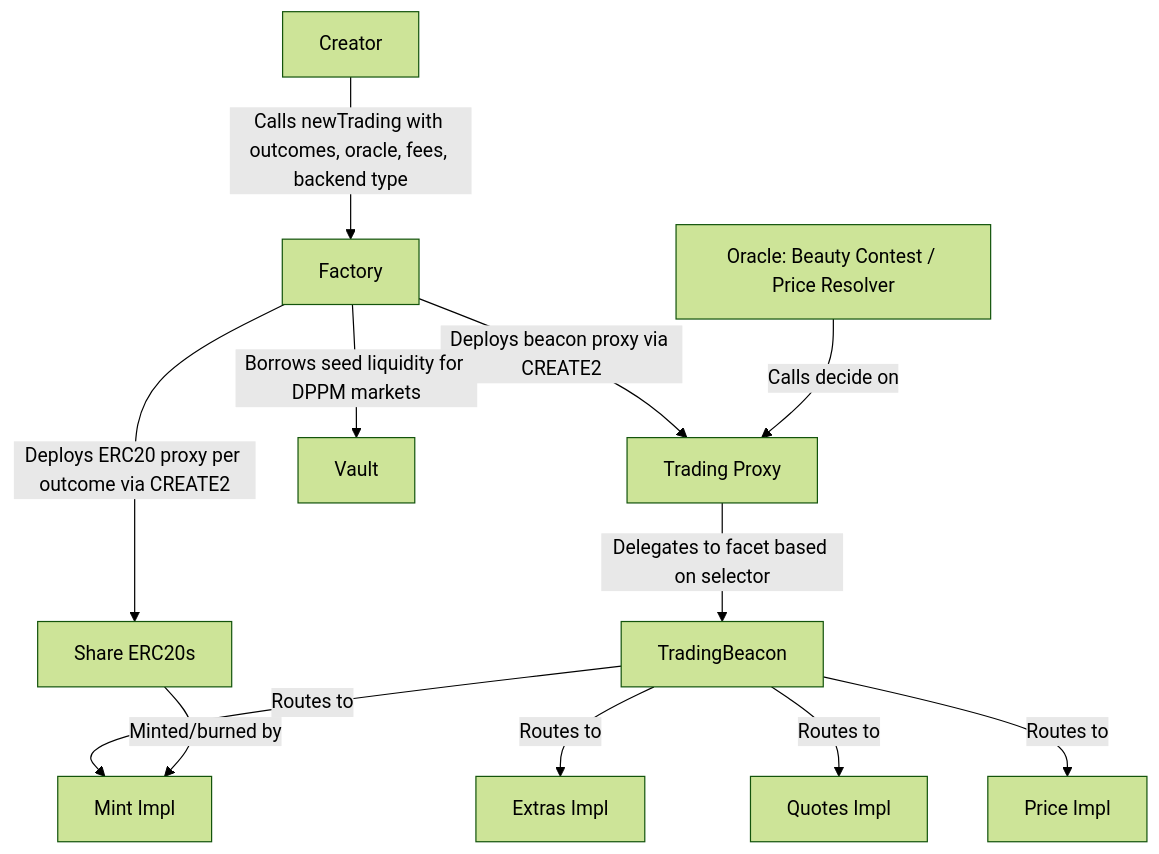
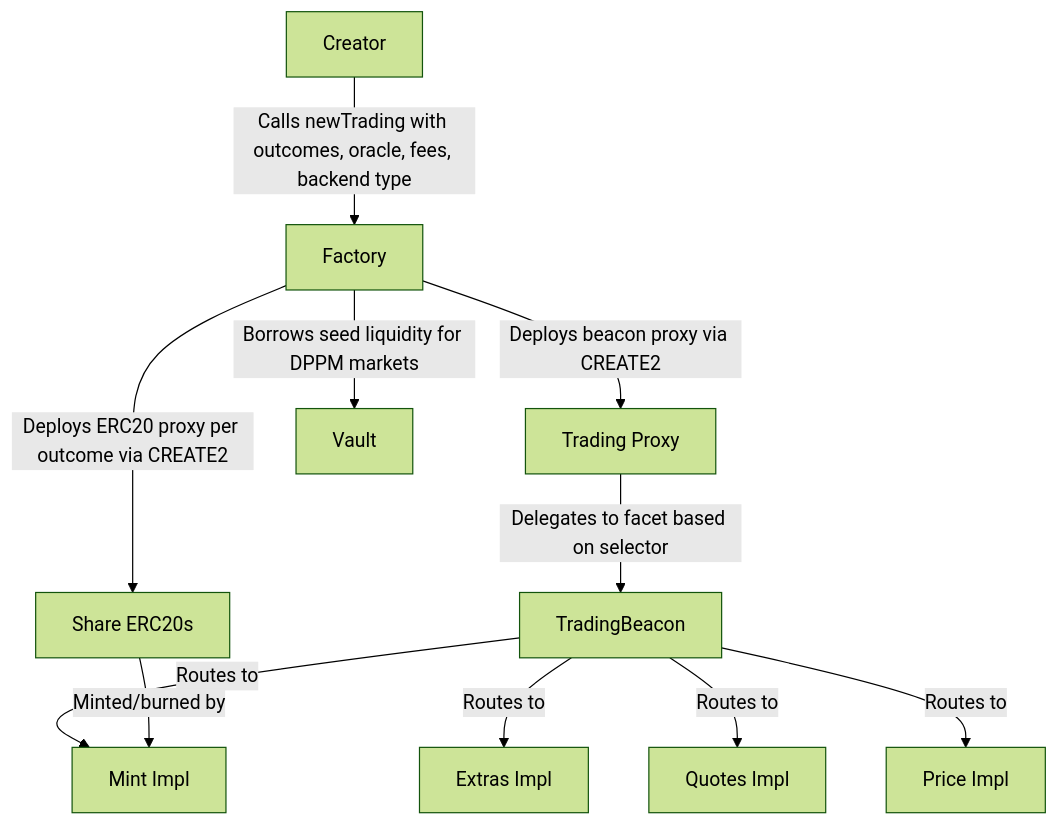
The diagram in README.md (fluidity-money/9lives.so), drawn with Mermaid (forest theme) before and after one commit. The commit also changed 14 other files, not shown here.

````diff
--- a/README.md
+++ b/README.md
@@ -14,14 +14,13 @@
 ```mermaid
 flowchart TD
     Creator -->|Calls newTrading with outcomes, oracle, fees, backend type| Factory
     Factory -->|Deploys beacon proxy via CREATE2| TradingProxy[Trading Proxy]
     Factory -->|Deploys ERC20 proxy per outcome via CREATE2| ShareERC20s[Share ERC20s]
     Factory -->|Borrows seed liquidity for DPPM markets| Vault
     TradingProxy -->|Delegates to facet based on selector| TradingBeacon
     TradingBeacon -->|Routes to| MintImpl[Mint Impl]
     TradingBeacon -->|Routes to| ExtrasImpl[Extras Impl]
     TradingBeacon -->|Routes to| QuotesImpl[Quotes Impl]
     TradingBeacon -->|Routes to| PriceImpl[Price Impl]
     ShareERC20s -->|Minted/burned by| MintImpl
-    Oracle[Oracle: Beauty Contest / Price Resolver] -->|Calls decide on| TradingProxy
 ```
````
